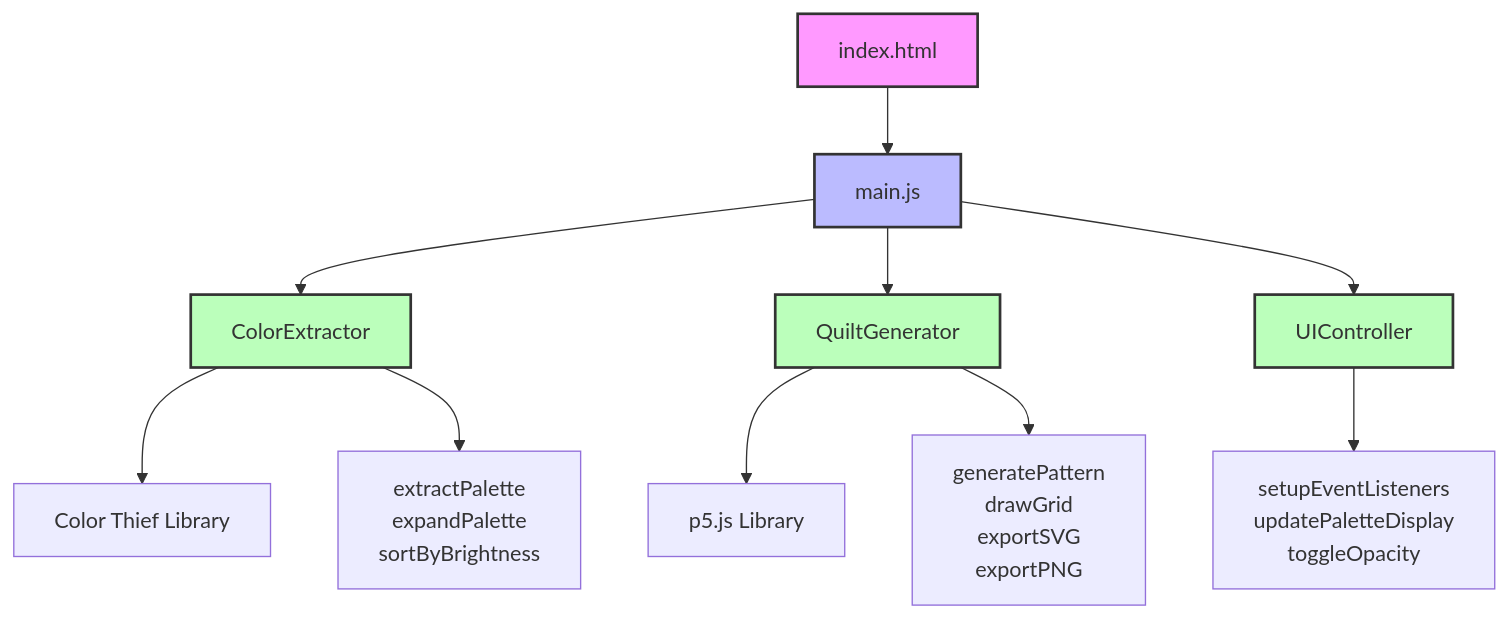
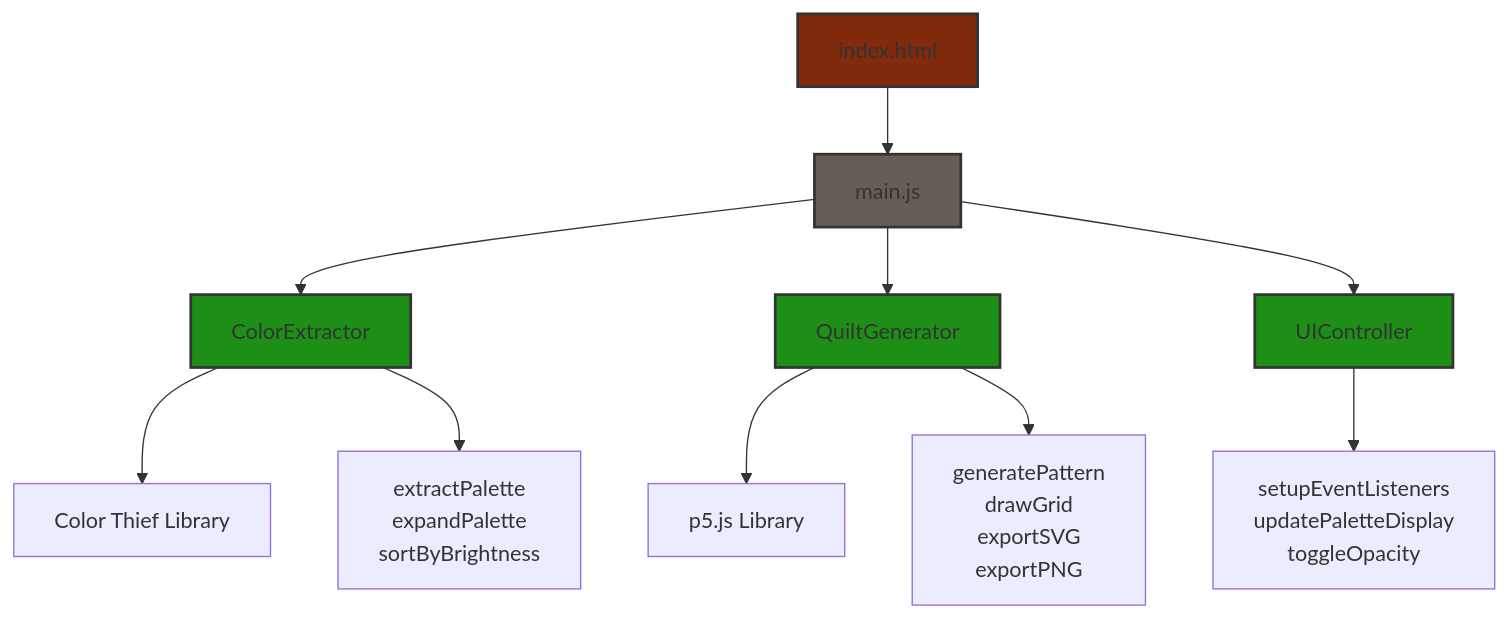
Before and after one commit to stephanedelgado/quilt-pattern-generator: the diagram in README.md, drawn with Mermaid. The commit also changed other lines of this file and 3 other files, not shown here.

````diff
--- a/README.md
+++ b/README.md
@@ -31,20 +31,20 @@
 ```mermaid
 graph TD
     A[index.html] --> B[main.js]
     B --> C[ColorExtractor]
     B --> D[QuiltGenerator]
     B --> E[UIController]
     
     C --> F[Color Thief Library]
     D --> G[p5.js Library]
     
     C --> H[extractPalette<br/>expandPalette<br/>sortByBrightness]
     D --> I[generatePattern<br/>drawGrid<br/>exportSVG<br/>exportPNG]
     E --> J[setupEventListeners<br/>updatePaletteDisplay<br/>toggleOpacity]
     
-    style A fill:#f9f,stroke:#333,stroke-width:2px
-    style B fill:#bbf,stroke:#333,stroke-width:2px
-    style C fill:#bfb,stroke:#333,stroke-width:2px
-    style D fill:#bfb,stroke:#333,stroke-width:2px
-    style E fill:#bfb,stroke:#333,stroke-width:2px
+    style A fill:#812B0C,stroke:#333,stroke-width:2px
+    style B fill:#675D57,stroke:#333,stroke-width:2px
+    style C fill:#1D8F17,stroke:#333,stroke-width:2px
+    style D fill:#1D8F17,stroke:#333,stroke-width:2px
+    style E fill:#1D8F17,stroke:#333,stroke-width:2px
 ```
````
